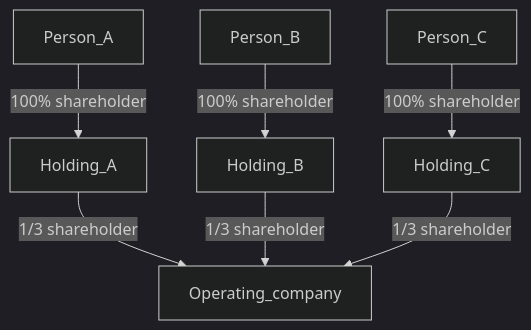
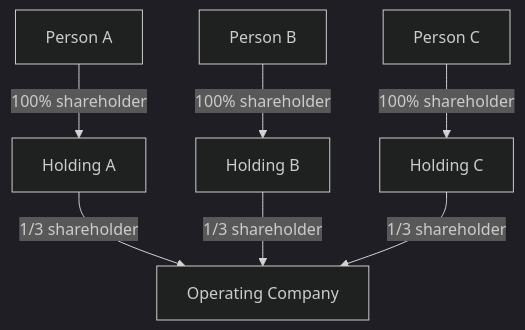
One commit to FIDEScommunity/CompanyPassport changed the first of 3 diagrams in docs/functional/use-case-founding-company.md. Above: the diagram before and after it, drawn with Mermaid (dark theme). The commit also changed other lines of this file and 7 other files, not shown here.

````diff
--- a/docs/functional/use-case-founding-company.md
+++ b/docs/functional/use-case-founding-company.md
@@ -62,9 +60,17 @@
 ```mermaid
 flowchart TD;
+  Person_A["Person A"]
+  Person_B["Person B"]
+  Person_C["Person C"]
+  Holding_A["Holding A"]
+  Holding_B["Holding B"]
+  Holding_C["Holding C"]
+  Operating_company["Operating Company"]
+  
   Person_A--> |100% shareholder| Holding_A;
   Person_B--> |100% shareholder| Holding_B;
   Person_C--> |100% shareholder| Holding_C;
   Holding_A--> |1/3 shareholder| Operating_company;
   Holding_B--> |1/3 shareholder| Operating_company;
   Holding_C--> |1/3 shareholder| Operating_company;
 ```
````
